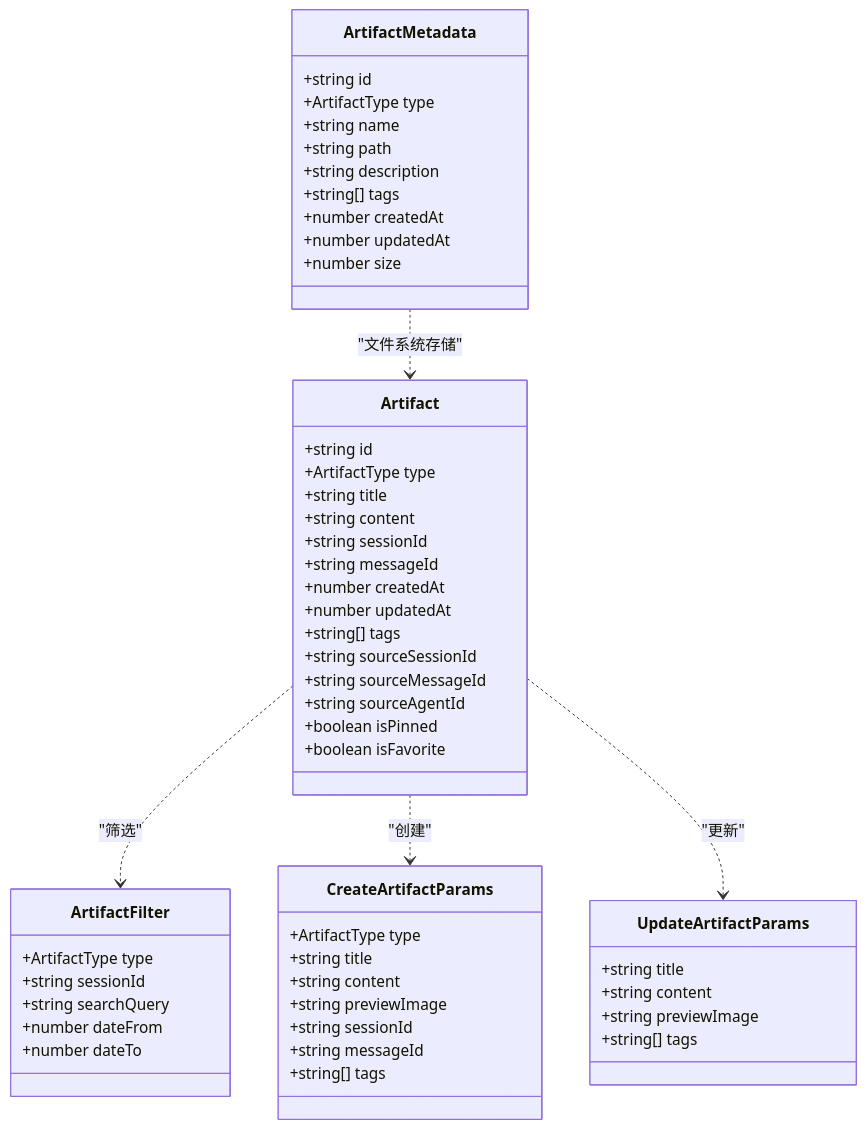
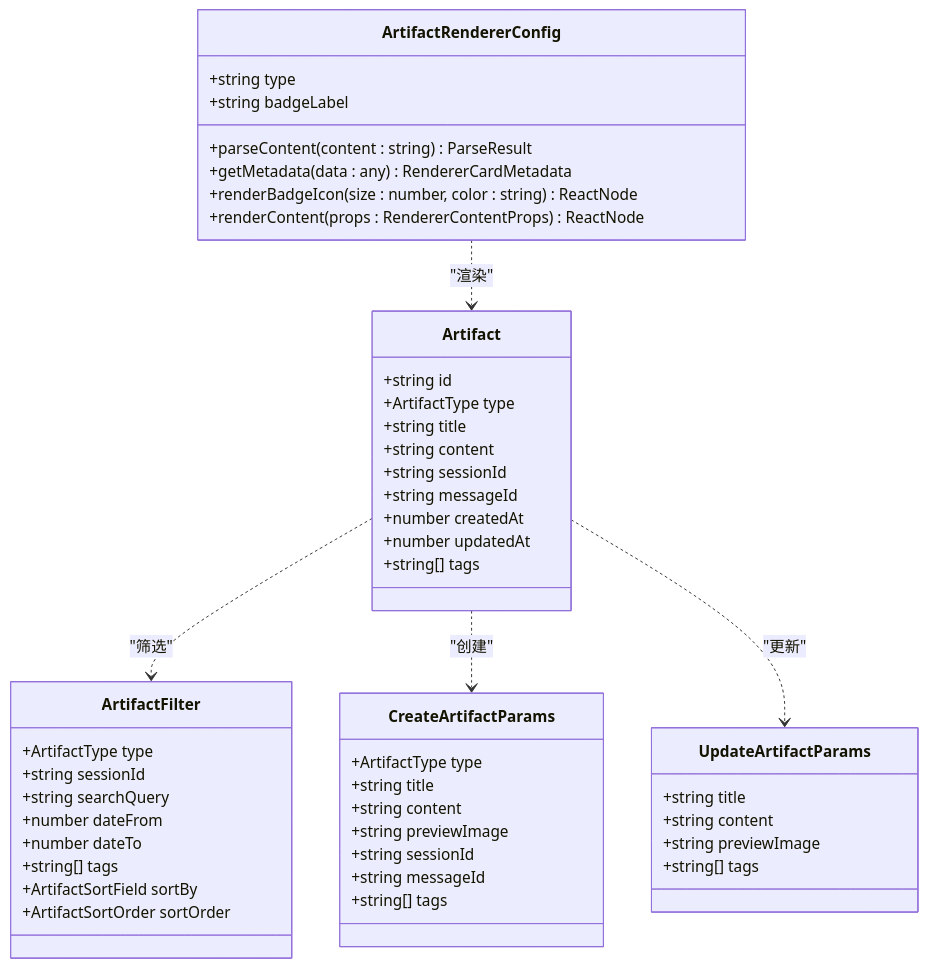
One commit to NarcisWL/Nexara changed the third of 12 diagrams in .qoder/repowiki/zh/content/状态管理/工件状态管理.md. Above: the diagram before and after it, drawn with Mermaid. The commit also changed other lines of this file and 4 other files, not shown here.

````diff
--- a/.qoder/repowiki/zh/content/状态管理/工件状态管理.md
+++ b/.qoder/repowiki/zh/content/状态管理/工件状态管理.md
@@ -151,56 +176,51 @@
 ```mermaid
 classDiagram
 class Artifact {
 +string id
 +ArtifactType type
 +string title
 +string content
 +string sessionId
 +string messageId
 +number createdAt
 +number updatedAt
 +string[] tags
-+string sourceSessionId
-+string sourceMessageId
-+string sourceAgentId
-+boolean isPinned
-+boolean isFavorite
 }
 class ArtifactFilter {
 +ArtifactType type
 +string sessionId
 +string searchQuery
 +number dateFrom
 +number dateTo
++string[] tags
++ArtifactSortField sortBy
++ArtifactSortOrder sortOrder
 }
 class CreateArtifactParams {
 +ArtifactType type
 +string title
 +string content
 +string previewImage
 +string sessionId
 +string messageId
 +string[] tags
 }
 class UpdateArtifactParams {
 +string title
 +string content
 +string previewImage
 +string[] tags
 }
-class ArtifactMetadata {
-+string id
-+ArtifactType type
-+string name
-+string path
-+string description
-+string[] tags
-+number createdAt
-+number updatedAt
-+number size
+class ArtifactRendererConfig {
++string type
++string badgeLabel
++parseContent(content : string) ParseResult
++getMetadata(data : any) RendererCardMetadata
++renderBadgeIcon(size : number, color : string) ReactNode
++renderContent(props : RendererContentProps) ReactNode
 }
 Artifact ..> ArtifactFilter : "筛选"
 Artifact ..> CreateArtifactParams : "创建"
 Artifact ..> UpdateArtifactParams : "更新"
-ArtifactMetadata ..> Artifact : "文件系统存储"
+ArtifactRendererConfig ..> Artifact : "渲染"
 ```
````
